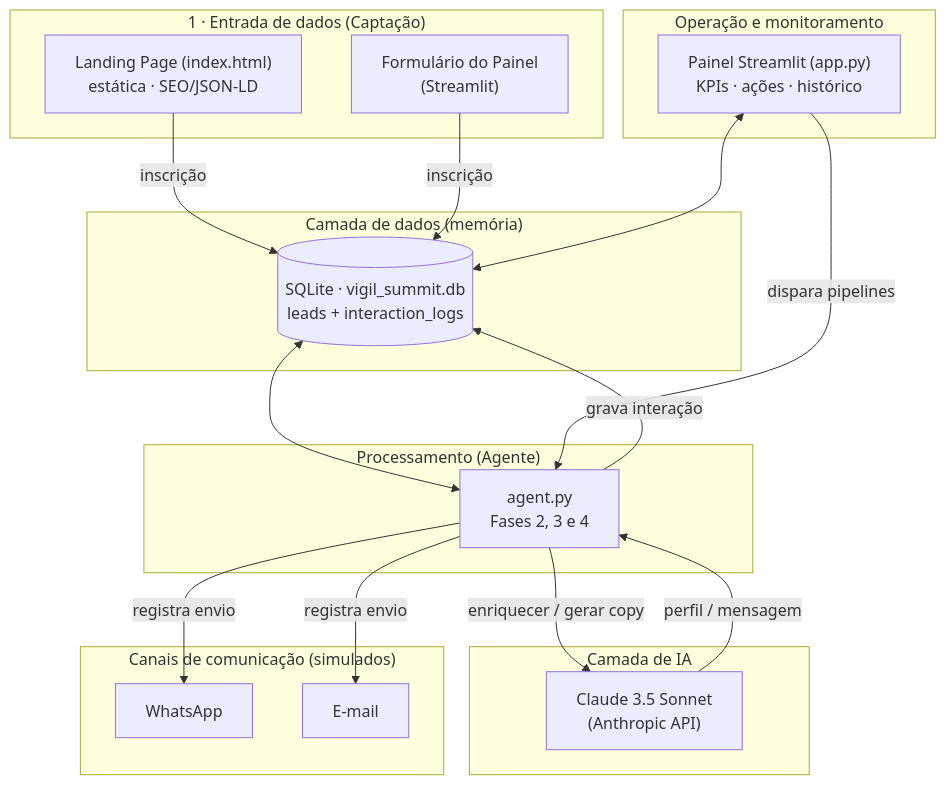
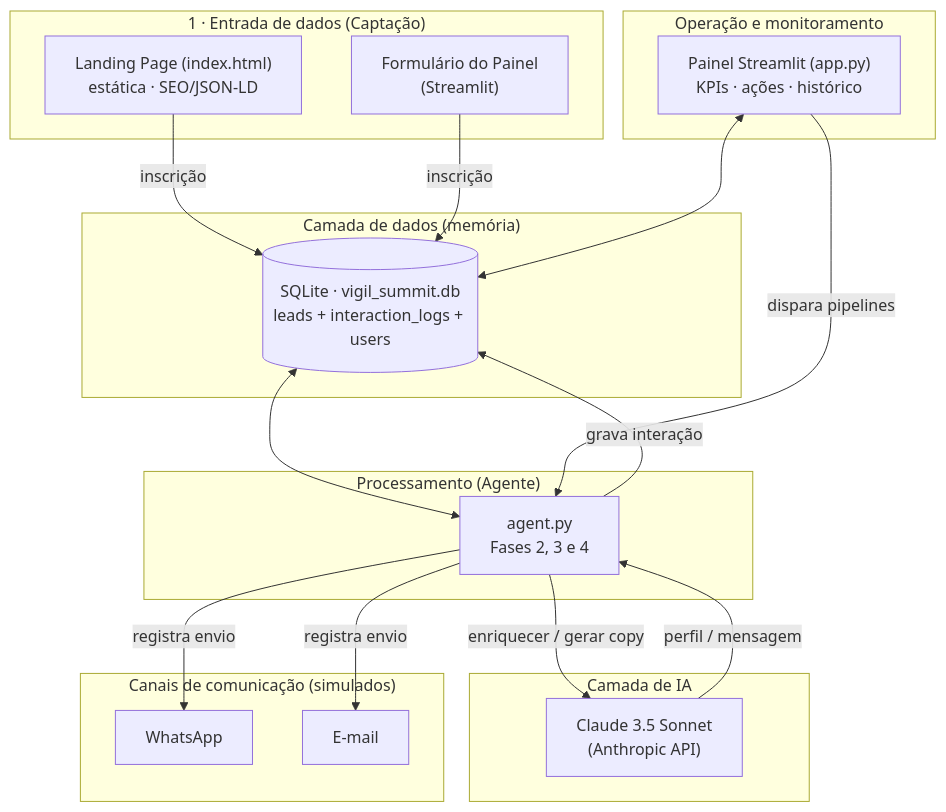
One commit to IrgoMallis/vigil_summit_agent changed the diagram in README.md. Above: the diagram before and after it, drawn with Mermaid. The commit also changed other lines of this file and 4 other files, not shown here.

````diff
--- a/README.md
+++ b/README.md
@@ -51,39 +51,39 @@
 ```mermaid
 flowchart TD
     subgraph Entrada["1 · Entrada de dados (Captação)"]
         LP["Landing Page (index.html)<br/>estática · SEO/JSON-LD"]
         FORM["Formulário do Painel<br/>(Streamlit)"]
     end
 
     subgraph Dados["Camada de dados (memória)"]
-        DB[("SQLite · vigil_summit.db<br/>leads + interaction_logs")]
+        DB[("SQLite · vigil_summit.db<br/>leads + interaction_logs + users")]
     end
 
     subgraph Cerebro["Processamento (Agente)"]
         AG["agent.py<br/>Fases 2, 3 e 4"]
     end
 
     subgraph LLM["Camada de IA"]
         CL["Claude 3.5 Sonnet<br/>(Anthropic API)"]
     end
 
     subgraph Canais["Canais de comunicação (simulados)"]
         WA["WhatsApp"]
         EM["E-mail"]
     end
 
     subgraph Operacao["Operação e monitoramento"]
         PAINEL["Painel Streamlit (app.py)<br/>KPIs · ações · histórico"]
     end
 
     LP -->|inscrição| DB
     FORM -->|inscrição| DB
     DB <--> AG
     AG -->|enriquecer / gerar copy| CL
     CL -->|perfil / mensagem| AG
     AG -->|registra envio| WA
     AG -->|registra envio| EM
     AG -->|grava interação| DB
     PAINEL <--> DB
     PAINEL -->|dispara pipelines| AG
 ```
````
